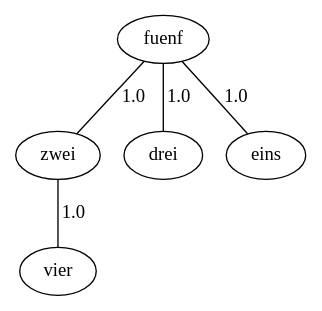
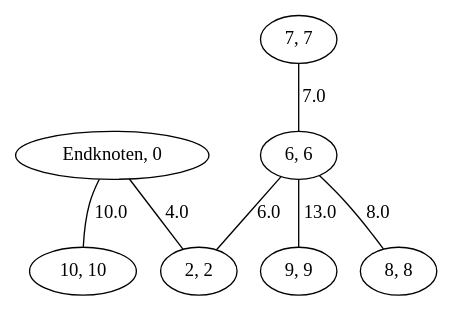
The diagram in GKA_task3_1-5/GraphViz/graph/gespeicherterKruskal.gv (Frggle/HAW_GKA), drawn with Graphviz before and after one commit. The commit also changed 9 other files, not shown here.

Commit message:
Um herauszufinden ob eine Kante eine Bridge ist, gucke ich nun ob alle Nachbarkanten mindestens den Knotengrad 2 haben. Vorher habe ich die Kante entfernt und mit ConnectivityInspector geguckt ob der Graph noch zusammmenhängend ist

```diff
--- a/GKA_task3_1-5/GraphViz/graph/gespeicherterKruskal.gv
+++ b/GKA_task3_1-5/GraphViz/graph/gespeicherterKruskal.gv
@@ -1,11 +1,15 @@
 graph G {
-  1 [ label="zwei" ];
-  2 [ label="vier" ];
-  3 [ label="fuenf" ];
-  4 [ label="drei" ];
-  5 [ label="eins" ];
-  1 -- 2 [ label="1.0" ];
-  3 -- 4 [ label="1.0" ];
-  3 -- 1 [ label="1.0" ];
-  3 -- 5 [ label="1.0" ];
+  1 [ label="Endknoten, 0" ];
+  2 [ label="2, 2" ];
+  3 [ label="6, 6" ];
+  4 [ label="7, 7" ];
+  5 [ label="8, 8" ];
+  6 [ label="10, 10" ];
+  7 [ label="9, 9" ];
+  1 -- 2 [ label="4.0" ];
+  3 -- 2 [ label="6.0" ];
+  4 -- 3 [ label="7.0" ];
+  3 -- 5 [ label="8.0" ];
+  1 -- 6 [ label="10.0" ];
+  3 -- 7 [ label="13.0" ];
 }
```
